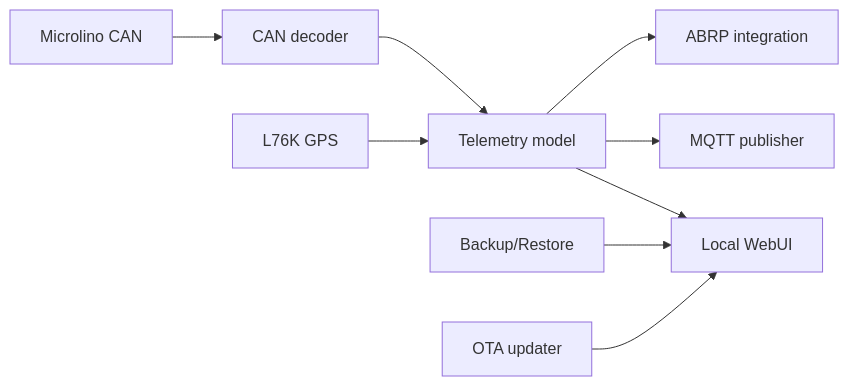
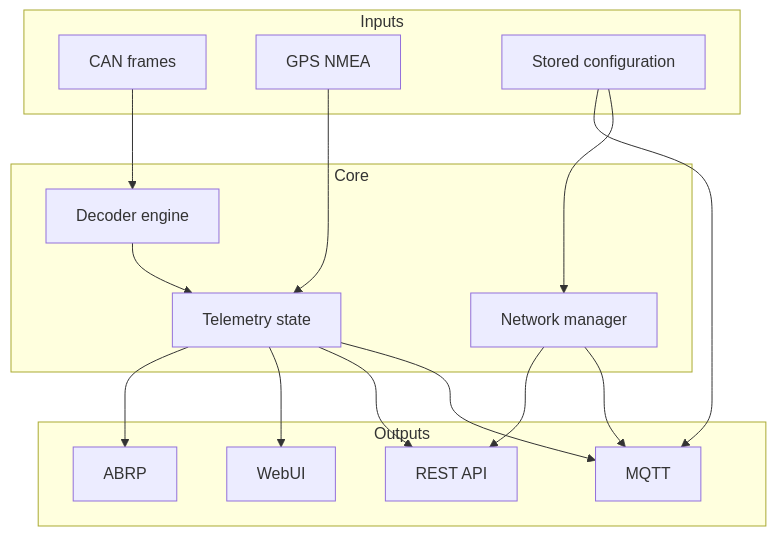
One commit to MM1834/microlino-open-telemetry changed the second of 2 diagrams in docs/firmware/architecture.md. Above: the diagram before and after it, drawn with Mermaid. The commit also changed other lines of this file and 48 other files, not shown here.

````diff
--- a/docs/firmware/architecture.md
+++ b/docs/firmware/architecture.md
@@ -3,11 +23,32 @@
 ```mermaid
-flowchart LR
-    Microlino[Microlino CAN] --> CAN[CAN decoder]
-    CAN --> Telemetry[Telemetry model]
-    GPS[L76K GPS] --> Telemetry
-    Telemetry --> MQTT[MQTT publisher]
-    Telemetry --> WebUI[Local WebUI]
-    Telemetry --> ABRP[ABRP integration]
-    Config[Backup/Restore] --> WebUI
-    OTA[OTA updater] --> WebUI
+flowchart TB
+    subgraph Inputs
+      CAN[CAN frames]
+      GPS[GPS NMEA]
+      Config[Stored configuration]
+    end
+
+    subgraph Core
+      Decoder[Decoder engine]
+      Telemetry[Telemetry state]
+      Network[Network manager]
+    end
+
+    subgraph Outputs
+      MQTT[MQTT]
+      API[REST API]
+      UI[WebUI]
+      ABRP[ABRP]
+    end
+
+    CAN --> Decoder --> Telemetry
+    GPS --> Telemetry
+    Config --> Network
+    Config --> MQTT
+    Telemetry --> MQTT
+    Telemetry --> API
+    Telemetry --> UI
+    Telemetry --> ABRP
+    Network --> MQTT
+    Network --> API
 ```
````
